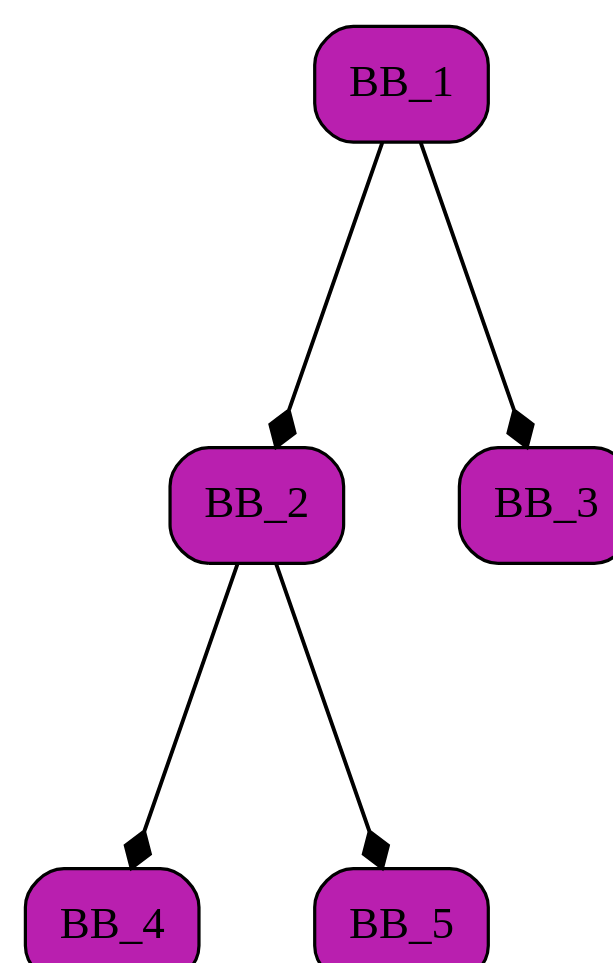
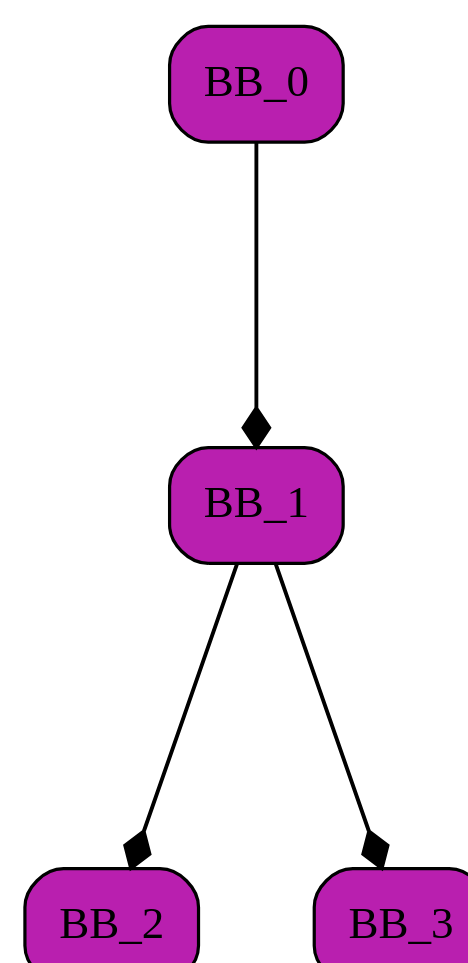
Before and after one commit to VictorBerbenets/dominance-frontiers: the diagram in data/images/linear-graph.dot, drawn with Graphviz. The commit also changed 15 other files, not shown here.

```diff
--- a/data/images/linear-graph.dot
+++ b/data/images/linear-graph.dot
@@ -1,17 +1,15 @@
 digraph List {
 	dpi = 100;
 	fontname = "Comic Sans MS";
 	fontsize = 20;
 	rankdir  = TB;
 graph [fillcolor = lightgreen, ranksep = 1.3, nodesep = 0.5,style = "rounded", color = green, penwidth = 2];
 edge [color = black, arrowhead = diamond, arrowsize = 1, penwidth = 1.2];
+BB_0[shape = Mrecord, style = filled,fillcolor = "#B91FAF"];
+BB_0 -> BB_1;
 BB_1[shape = Mrecord, style = filled,fillcolor = "#B91FAF"];
 BB_1 -> BB_2;
 BB_1 -> BB_3;
 BB_2[shape = Mrecord, style = filled,fillcolor = "#B91FAF"];
-BB_2 -> BB_4;
-BB_2 -> BB_5;
 BB_3[shape = Mrecord, style = filled,fillcolor = "#B91FAF"];
-BB_4[shape = Mrecord, style = filled,fillcolor = "#B91FAF"];
-BB_5[shape = Mrecord, style = filled,fillcolor = "#B91FAF"];
 }
```
